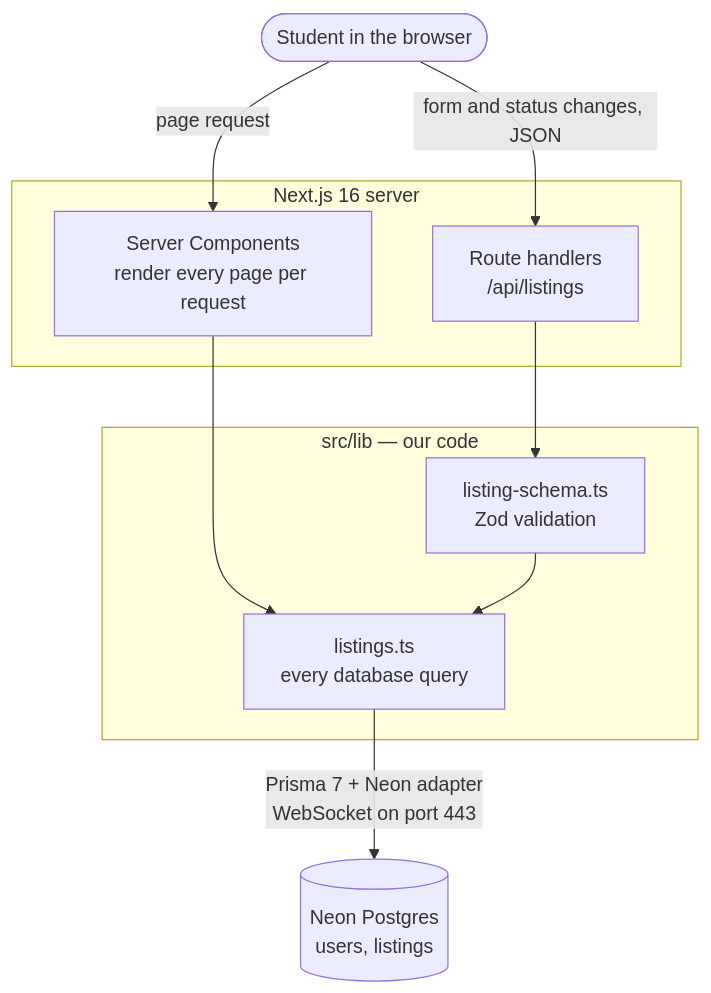
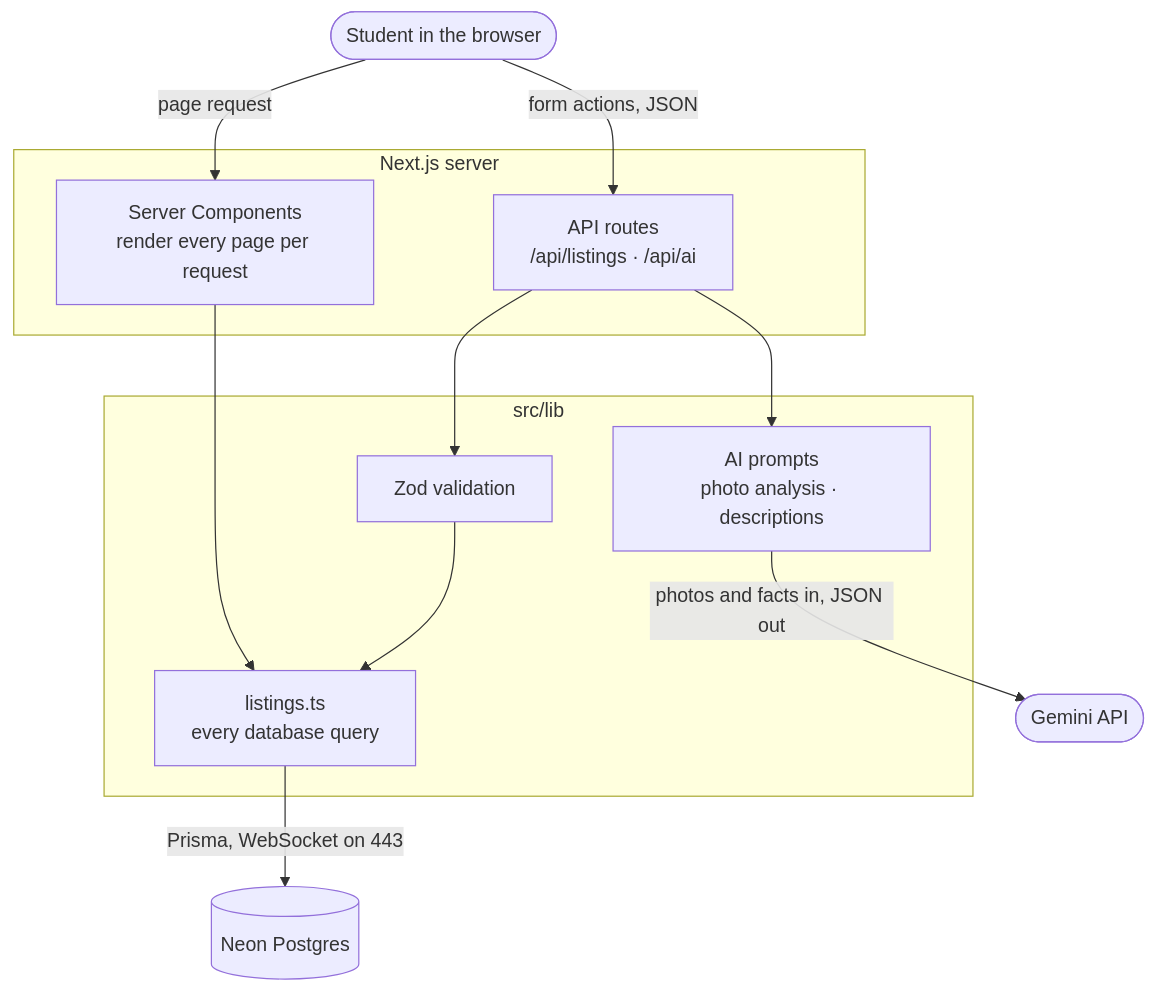
The diagram in README.md (ASRIDK/student-housing-marketplace), drawn with Mermaid before and after one commit. The commit also changed other lines of this file and 2 other files, not shown here.

````diff
--- a/README.md
+++ b/README.md
@@ -181,22 +76,26 @@
 ```mermaid
 flowchart TD
     student(["Student in the browser"])
 
-    subgraph next["Next.js 16 server"]
+    subgraph next["Next.js server"]
         pages["Server Components<br/>render every page per request"]
-        api["Route handlers<br/>/api/listings"]
+        api["API routes<br/>/api/listings · /api/ai"]
     end
 
-    subgraph lib["src/lib — our code"]
-        schema["listing-schema.ts<br/>Zod validation"]
+    subgraph lib["src/lib"]
+        schema["Zod validation"]
         listings["listings.ts<br/>every database query"]
+        ai["AI prompts<br/>photo analysis · descriptions"]
     end
 
-    db[("Neon Postgres<br/>users, listings")]
+    db[("Neon Postgres")]
+    gemini(["Gemini API"])
 
     student -- "page request" --> pages
-    student -- "form and status changes, JSON" --> api
+    student -- "form actions, JSON" --> api
     pages --> listings
     api --> schema --> listings
-    listings -- "Prisma 7 + Neon adapter<br/>WebSocket on port 443" --> db
+    api --> ai
+    listings -- "Prisma, WebSocket on 443" --> db
+    ai -- "photos and facts in, JSON out" --> gemini
 ```
````
